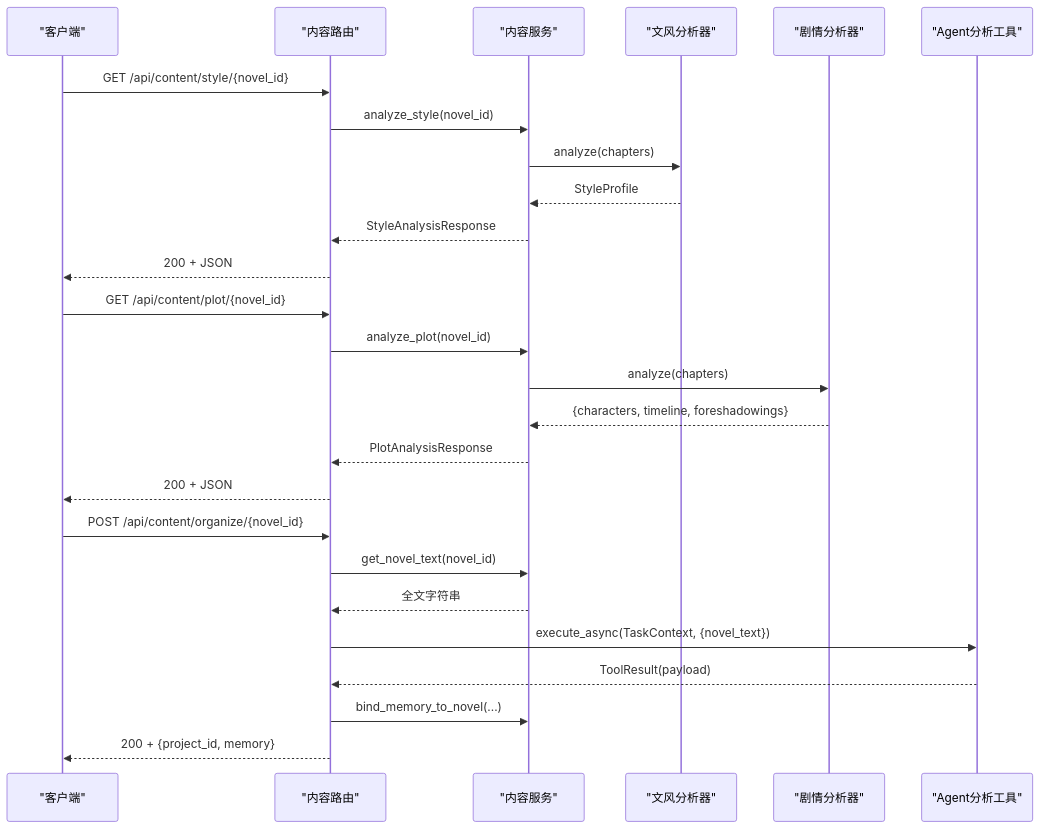
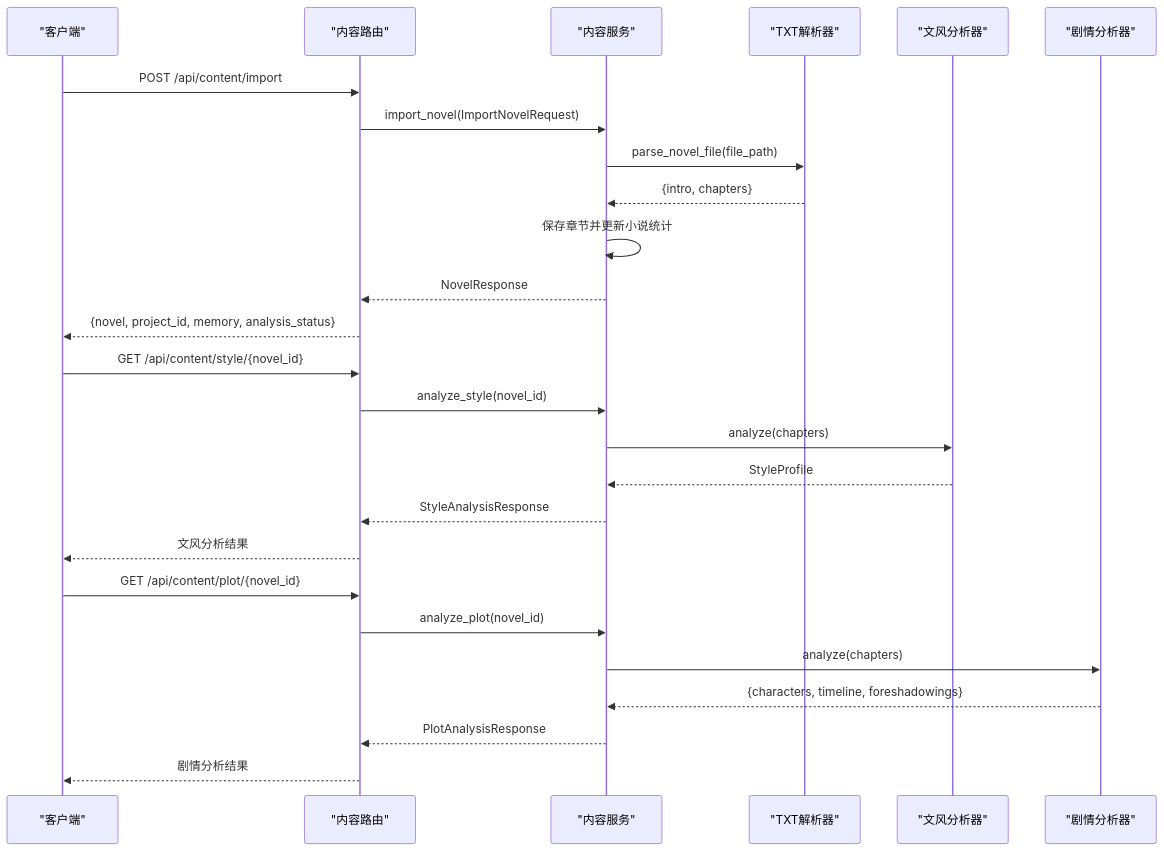
Before and after one commit to octsfm/InkTrace: the second of 7 diagrams in .qoder/repowiki/zh/content/API接口文档/内容分析API.md, drawn with Mermaid. The commit also changed other lines of this file and 179 other files, not shown here.

````diff
--- a/.qoder/repowiki/zh/content/API接口文档/内容分析API.md
+++ b/.qoder/repowiki/zh/content/API接口文档/内容分析API.md
@@ -82,28 +117,28 @@
 ```mermaid
 sequenceDiagram
-participant C as "客户端"
-participant R as "内容路由"
-participant S as "内容服务"
-participant ST as "文风分析器"
-participant PT as "剧情分析器"
-participant A as "Agent分析工具"
-C->>R : GET /api/content/style/{novel_id}
-R->>S : analyze_style(novel_id)
-S->>ST : analyze(chapters)
-ST-->>S : StyleProfile
-S-->>R : StyleAnalysisResponse
-R-->>C : 200 + JSON
-C->>R : GET /api/content/plot/{novel_id}
-R->>S : analyze_plot(novel_id)
-S->>PT : analyze(chapters)
-PT-->>S : {characters, timeline, foreshadowings}
-S-->>R : PlotAnalysisResponse
-R-->>C : 200 + JSON
-C->>R : POST /api/content/organize/{novel_id}
-R->>S : get_novel_text(novel_id)
-S-->>R : 全文字符串
-R->>A : execute_async(TaskContext, {novel_text})
-A-->>R : ToolResult(payload)
-R->>S : bind_memory_to_novel(...)
-R-->>C : 200 + {project_id, memory}
+participant 客户端 as "客户端"
+participant 路由 as "内容路由"
+participant 服务 as "内容服务"
+participant 解析器 as "TXT解析器"
+participant 文风 as "文风分析器"
+participant 剧情 as "剧情分析器"
+客户端->>路由 : POST /api/content/import
+路由->>服务 : import_novel(ImportNovelRequest)
+服务->>解析器 : parse_novel_file(file_path)
+解析器-->>服务 : {intro, chapters}
+服务->>服务 : 保存章节并更新小说统计
+服务-->>路由 : NovelResponse
+路由-->>客户端 : {novel, project_id, memory, analysis_status}
+客户端->>路由 : GET /api/content/style/{novel_id}
+路由->>服务 : analyze_style(novel_id)
+服务->>文风 : analyze(chapters)
+文风-->>服务 : StyleProfile
+服务-->>路由 : StyleAnalysisResponse
+路由-->>客户端 : 文风分析结果
+客户端->>路由 : GET /api/content/plot/{novel_id}
+路由->>服务 : analyze_plot(novel_id)
+服务->>剧情 : analyze(chapters)
+剧情-->>服务 : {characters, timeline, foreshadowings}
+服务-->>路由 : PlotAnalysisResponse
+路由-->>客户端 : 剧情分析结果
 ```
````
